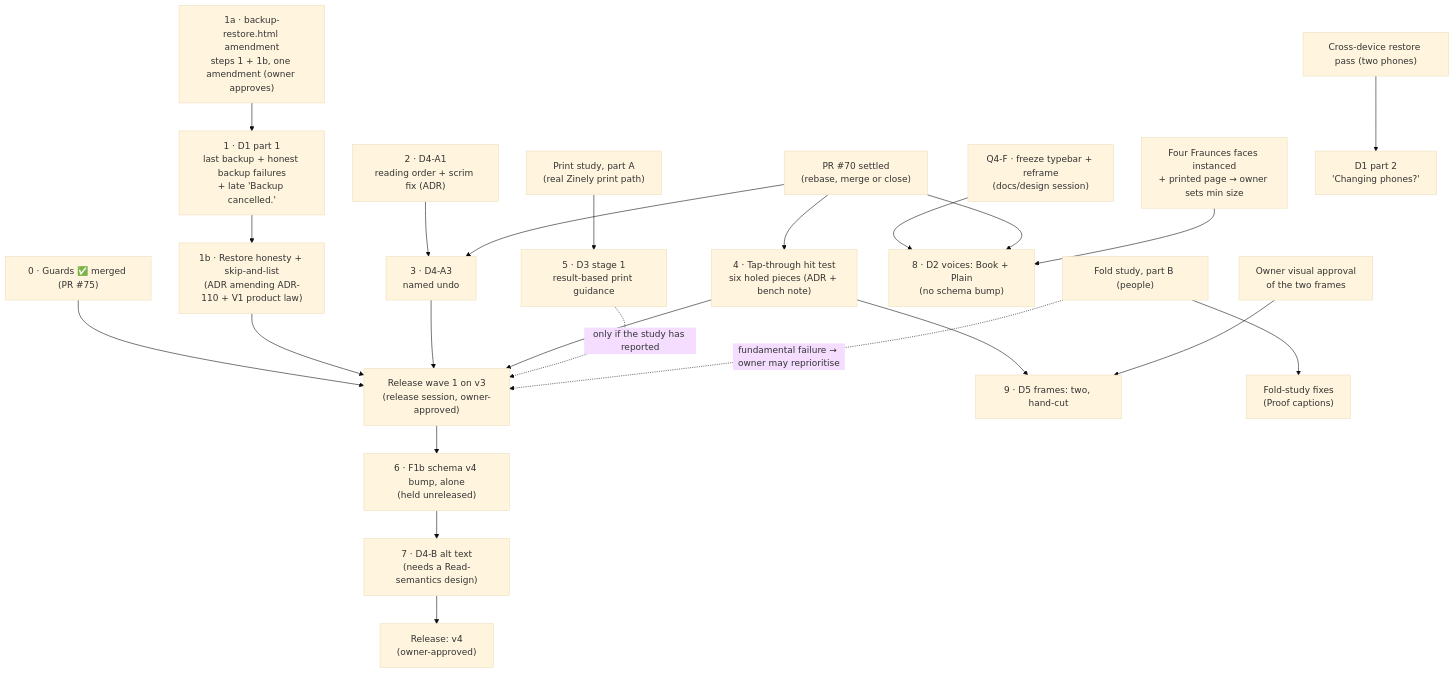
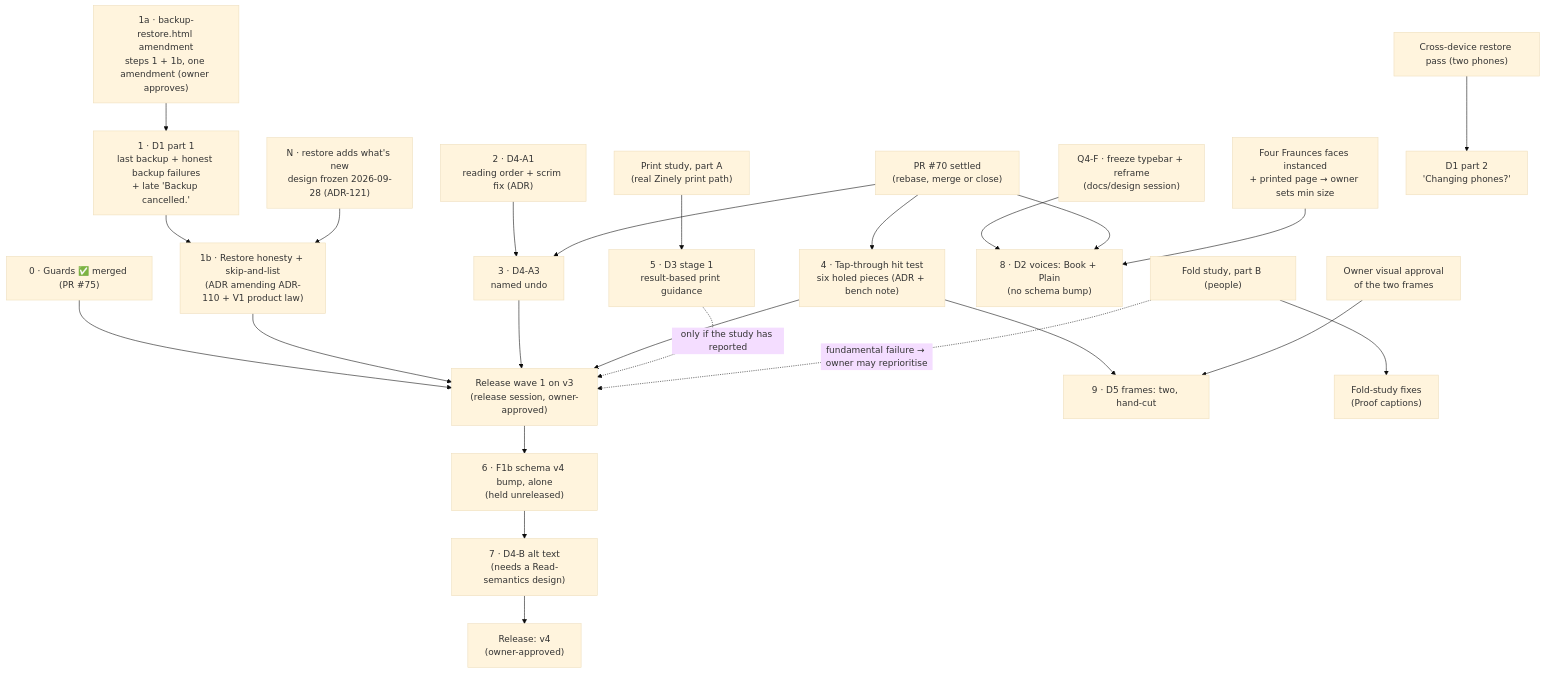
One commit to aritr-codes/zinely-android changed the diagram in docs/planning/ZINELY-1X-IMPLEMENTATION-PLAN.md. Above: the diagram before and after it, drawn with Mermaid (base theme). The commit also changed other lines of this file and 6 other files, not shown here.

First line of the commit message:
design: freeze restore amendment N (restore adds what's new)

````diff
--- a/docs/planning/ZINELY-1X-IMPLEMENTATION-PLAN.md
+++ b/docs/planning/ZINELY-1X-IMPLEMENTATION-PLAN.md
@@ -312,26 +312,27 @@
 ```mermaid
 flowchart TB
     S0["0 · Guards ✅ merged (PR #75)"]
     A1["1a · backup-restore.html amendment<br/>steps 1 + 1b, one amendment (owner approves)"] --> S1["1 · D1 part 1<br/>last backup + honest backup failures<br/>+ late 'Backup cancelled.'"]
     S1 --> S1B["1b · Restore honesty + skip-and-list<br/>(ADR amending ADR-110 + V1 product law)"]
+    SN["N · restore adds what's new<br/>design frozen 2026-09-28 (ADR-121)"] --> S1B
     S2["2 · D4-A1<br/>reading order + scrim fix (ADR)"] --> S3["3 · D4-A3<br/>named undo"]
     P70["PR #70 settled<br/>(rebase, merge or close)"] --> S3
     P70 --> S4["4 · Tap-through hit test<br/>six holed pieces (ADR + bench note)"]
     PS["Print study, part A<br/>(real Zinely print path)"] --> S5["5 · D3 stage 1<br/>result-based print guidance"]
     S0 --> REL
     S1B --> REL
     S3 --> REL
     S4 --> REL
     S5 -. "only if the study has reported" .-> REL["Release wave 1 on v3<br/>(release session, owner-approved)"]
     REL --> S6["6 · F1b schema v4 bump, alone<br/>(held unreleased)"]
     S6 --> S7["7 · D4-B alt text<br/>(needs a Read-semantics design)"]
     S7 --> REL4["Release: v4<br/>(owner-approved)"]
     Q4F["Q4-F · freeze typebar + reframe<br/>(docs/design session)"] --> S8["8 · D2 voices: Book + Plain<br/>(no schema bump)"]
     P70 --> S8
     FA["Four Fraunces faces instanced<br/>+ printed page → owner sets min size"] --> S8
     S4 --> S9["9 · D5 frames: two, hand-cut"]
     OV["Owner visual approval<br/>of the two frames"] --> S9
     XD["Cross-device restore pass (two phones)"] --> D1P2["D1 part 2<br/>'Changing phones?'"]
     FS["Fold study, part B (people)"] --> FX["Fold-study fixes<br/>(Proof captions)"]
     FS -. "fundamental failure → owner may reprioritise" .-> REL
 ```
````
